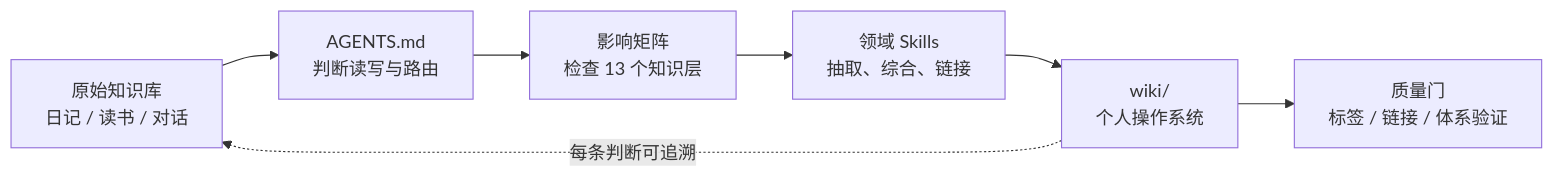
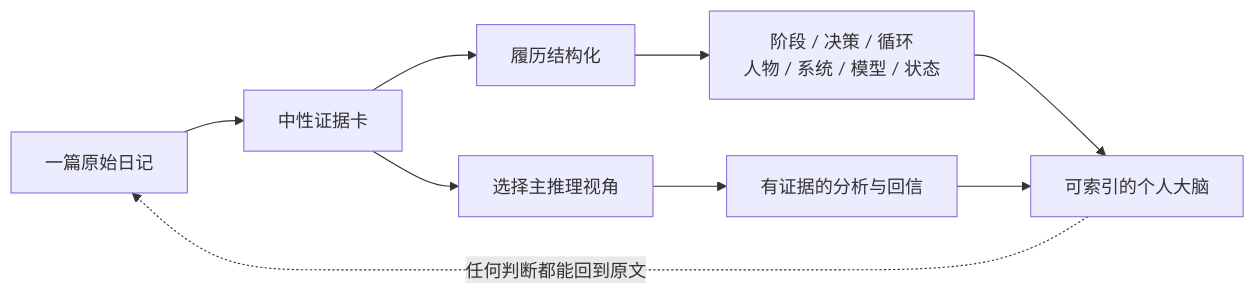
The diagram in README.md (lihaozheCharlie/TwhWiki), drawn with Mermaid before and after one commit. The commit also changed other lines of this file and 3 other files, not shown here.

````diff
--- a/README.md
+++ b/README.md
@@ -11,9 +61,11 @@
 ```mermaid
 flowchart LR
-  A[原始知识库<br/>日记 / 读书 / 对话] --> B[AGENTS.md<br/>判断读写与路由]
-  B --> C[影响矩阵<br/>检查 13 个知识层]
-  C --> D[领域 Skills<br/>抽取、综合、链接]
-  D --> E[wiki/<br/>个人操作系统]
-  E --> F[质量门<br/>标签 / 链接 / 体系验证]
-  E -. 每条判断可追溯 .-> A
+  A[一篇原始日记] --> B[中性证据卡]
+  B --> C[履历结构化]
+  C --> D[阶段 / 决策 / 循环<br/>人物 / 系统 / 模型 / 状态]
+  D --> E[可索引的个人大脑]
+  B --> F[选择主推理视角]
+  F --> G[有证据的分析与回信]
+  G --> E
+  E -. 任何判断都能回到原文 .-> A
 ```
````
